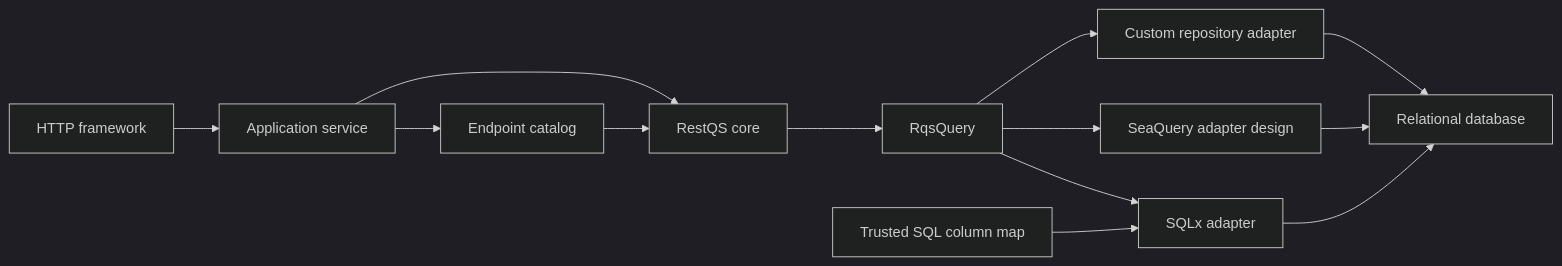
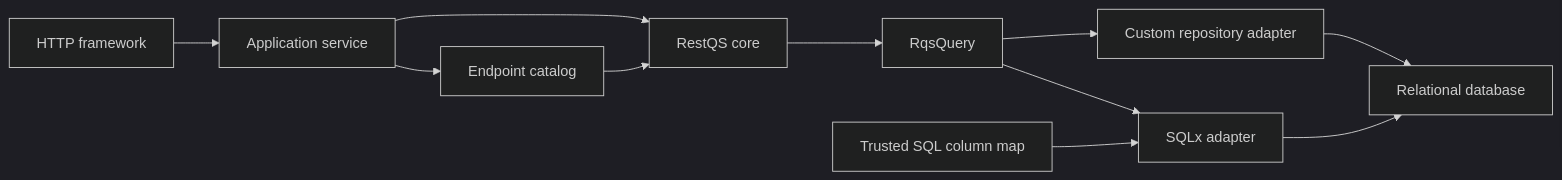
One commit to OneTesseractInMultiverse/restqs changed the first of 3 diagrams in docs/architecture.md. Above: the diagram before and after it, drawn with Mermaid (dark theme). The commit also changed other lines of this file and 97 other files, not shown here.

````diff
--- a/docs/architecture.md
+++ b/docs/architecture.md
@@ -10,15 +10,13 @@
 ```mermaid
 flowchart LR
   http["HTTP framework"] --> app["Application service"]
   app --> catalog["Endpoint catalog"]
   app --> parser["RestQS core"]
   catalog --> parser
   parser --> plan["RqsQuery"]
   plan --> sqlx["SQLx adapter"]
   columns["Trusted SQL column map"] --> sqlx
-  plan --> seaquery["SeaQuery adapter design"]
   plan --> custom["Custom repository adapter"]
   sqlx --> db["Relational database"]
-  seaquery --> db
   custom --> db
 ```
````
